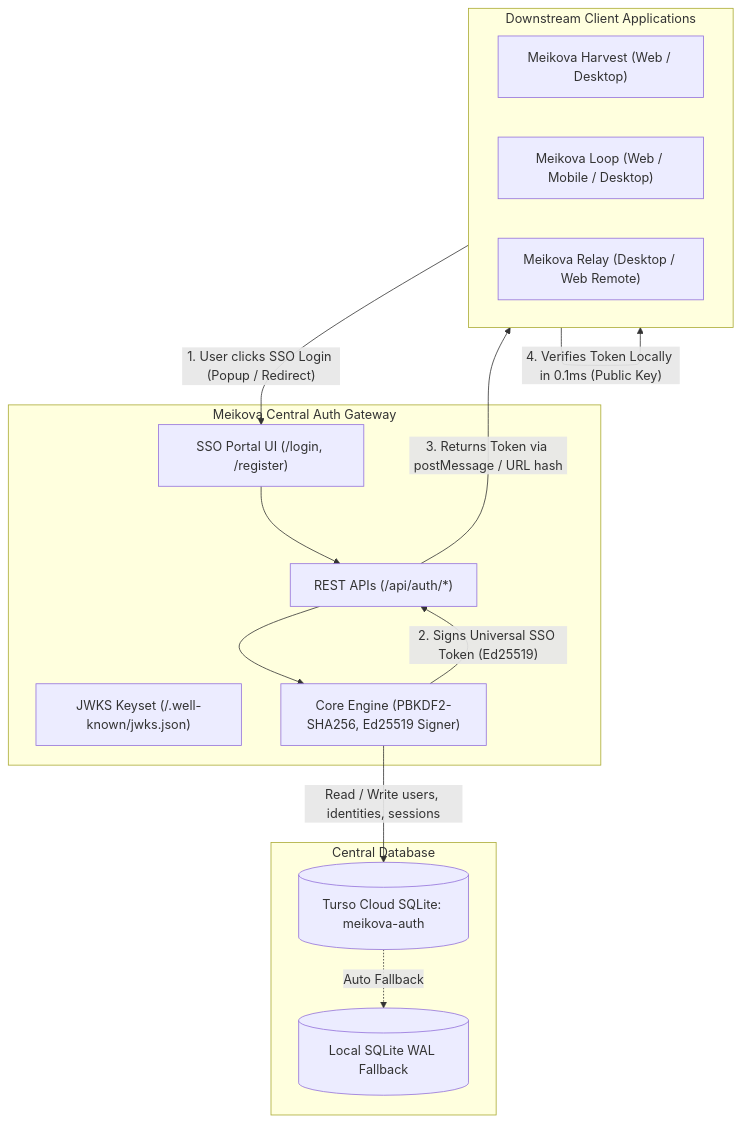
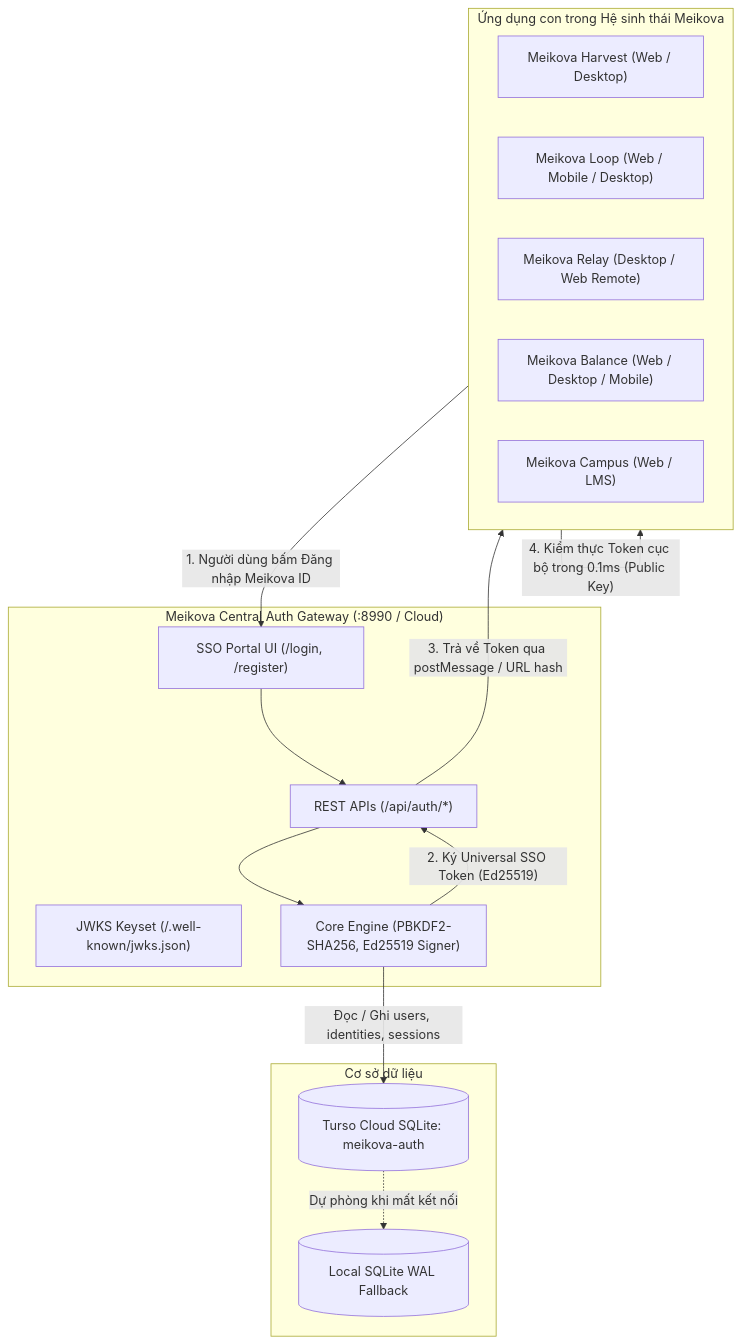
The diagram in README.md (Meikova/meikova-auth), drawn with Mermaid before and after one commit. The commit also changed other lines of this file and 1 other file, not shown here.

Commit message:
docs: standardize README and brand logo to Meikova ecosystem archetype [skip ci]

````diff
--- a/README.md
+++ b/README.md
@@ -15,29 +58,31 @@
 ```mermaid
 flowchart TD
-    subgraph Clients["Downstream Client Applications"]
+    subgraph Clients["Ứng dụng con trong Hệ sinh thái Meikova"]
         Harvest["Meikova Harvest (Web / Desktop)"]
         Loop["Meikova Loop (Web / Mobile / Desktop)"]
         Relay["Meikova Relay (Desktop / Web Remote)"]
+        Balance["Meikova Balance (Web / Desktop / Mobile)"]
+        Campus["Meikova Campus (Web / LMS)"]
     end
 
-    subgraph AuthGateway["Meikova Central Auth Gateway"]
+    subgraph AuthGateway["Meikova Central Auth Gateway (:8990 / Cloud)"]
         SSO["SSO Portal UI (/login, /register)"]
         API["REST APIs (/api/auth/*)"]
         JWKS["JWKS Keyset (/.well-known/jwks.json)"]
         Core["Core Engine (PBKDF2-SHA256, Ed25519 Signer)"]
     end
 
-    subgraph Storage["Central Database"]
+    subgraph Storage["Cơ sở dữ liệu"]
         Turso[("Turso Cloud SQLite: meikova-auth")]
         Fallback[("Local SQLite WAL Fallback")]
     end
 
-    Clients -->|"1. User clicks SSO Login (Popup / Redirect)"| SSO
+    Clients -->|"1. Người dùng bấm Đăng nhập Meikova ID"| SSO
     SSO --> API
     API --> Core
-    Core -->|"Read / Write users, identities, sessions"| Turso
-    Turso -.->|"Auto Fallback"| Fallback
-    Core -->|"2. Signs Universal SSO Token (Ed25519)"| API
-    API -->|"3. Returns Token via postMessage / URL hash"| Clients
-    Clients -->|"4. Verifies Token Locally in 0.1ms (Public Key)"| Clients
+    Core -->|"Đọc / Ghi users, identities, sessions"| Turso
+    Turso -.->|"Dự phòng khi mất kết nối"| Fallback
+    Core -->|"2. Ký Universal SSO Token (Ed25519)"| API
+    API -->|"3. Trả về Token qua postMessage / URL hash"| Clients
+    Clients -->|"4. Kiểm thực Token cục bộ trong 0.1ms (Public Key)"| Clients
 ```
````
